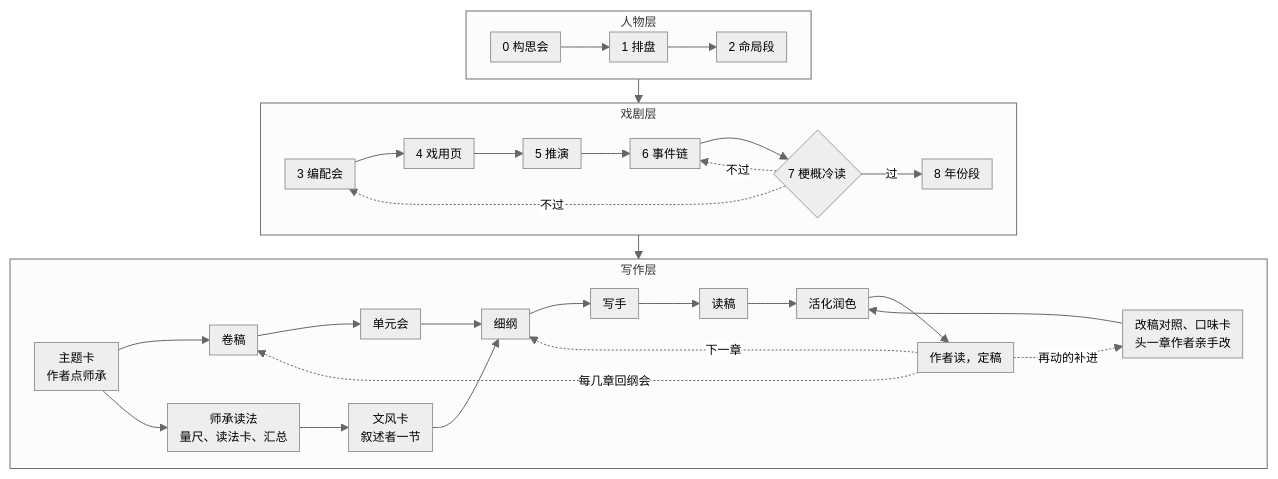
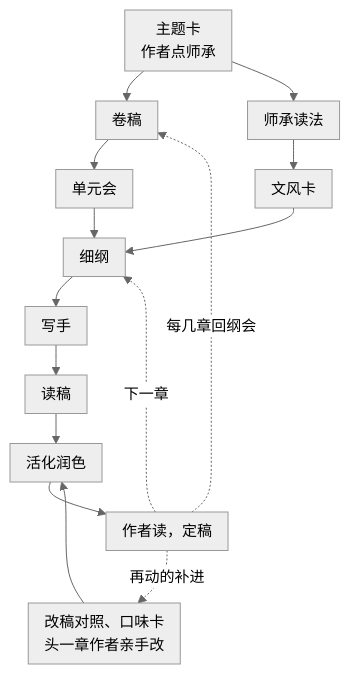
Before and after one commit to DRMCT/bazi-writing: the second of 2 diagrams in README.md, drawn with Mermaid. The commit also changed other lines of this file, not shown here.

Commit message:
README：流程图拆成两张，字放大

````diff
--- a/README.md
+++ b/README.md
@@ -102,23 +120,9 @@
 ```mermaid
-%%{init: {"theme": "neutral", "themeVariables": {"fontSize": "12px"}, "flowchart": {"nodeSpacing": 14, "rankSpacing": 24, "padding": 6, "subGraphTitleMargin": {"top": 2, "bottom": 2}}}}%%
+%%{init: {"theme": "neutral", "themeVariables": {"fontSize": "15px"}, "flowchart": {"nodeSpacing": 26, "rankSpacing": 30, "padding": 8}}}%%
 flowchart TB
-  subgraph R1[人物层]
-    direction LR
-    A0["0 构思会"] --> A1["1 排盘"] --> A2["2 命局段"]
-  end
-  subgraph R2[戏剧层]
-    direction LR
-    B3["3 编配会"] --> B4["4 戏用页"] --> B5["5 推演"] --> B6["6 事件链"] --> B7{"7 梗概冷读"} -- 过 --> B8["8 年份段"]
-    B7 -. 不过 .-> B3
-    B7 -. 不过 .-> B6
-  end
-  subgraph R3[写作层]
-    direction LR
-    C1["主题卡<br>作者点师承"] --> C2["卷稿"] --> C3["单元会"] --> C4["细纲"] --> C5["写手"] --> C6["读稿"] --> C7["活化润色"] --> C8["作者读，定稿"]
-    C1 --> S1["师承读法<br>量尺、读法卡、汇总"] --> S2["文风卡<br>叙述者一节"] --> C4
-    C8 -. 下一章 .-> C4
-    C8 -. 每几章回纲会 .-> C2
-    C8 -. 再动的补进 .-> K["改稿对照、口味卡<br>头一章作者亲手改"] --> C7
-  end
-  R1 --> R2 --> R3
+  C1["主题卡<br>作者点师承"] --> C2["卷稿"] --> C3["单元会"] --> C4["细纲"] --> C5["写手"] --> C6["读稿"] --> C7["活化润色"] --> C8["作者读，定稿"]
+  C1 --> S1["师承读法"] --> S2["文风卡"] --> C4
+  C8 -. 下一章 .-> C4
+  C8 -. 每几章回纲会 .-> C2
+  C8 -. 再动的补进 .-> K["改稿对照、口味卡<br>头一章作者亲手改"] --> C7
 ```
````
